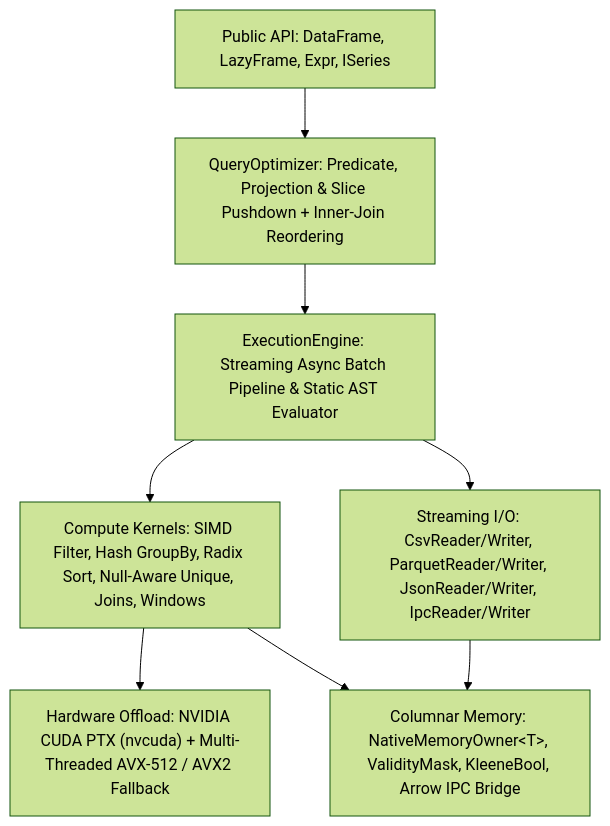
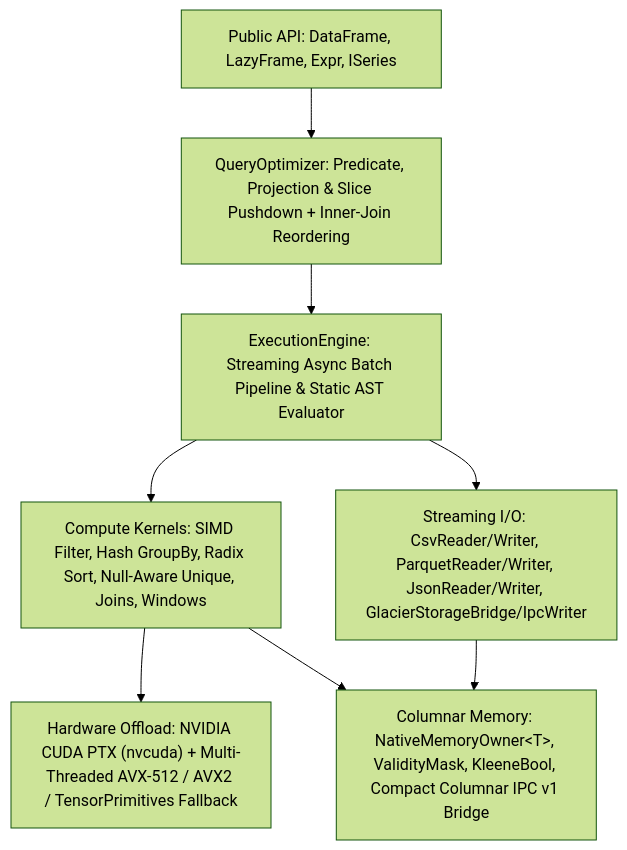
One commit to ian-cowley/Glacier.Polaris changed the diagram in ARCHITECTURE.md. Above: the diagram before and after it, drawn with Mermaid (forest theme). The commit also changed other lines of this file and 77 other files, not shown here.

````diff
--- a/ARCHITECTURE.md
+++ b/ARCHITECTURE.md
@@ -9,18 +9,18 @@
 ```mermaid
 flowchart TD
     API["Public API: DataFrame, LazyFrame, Expr, ISeries"]
     OPT["QueryOptimizer: Predicate, Projection & Slice Pushdown + Inner-Join Reordering"]
     EXEC["ExecutionEngine: Streaming Async Batch Pipeline & Static AST Evaluator"]
     KERN["Compute Kernels: SIMD Filter, Hash GroupBy, Radix Sort, Null-Aware Unique, Joins, Windows"]
-    GPU["Hardware Offload: NVIDIA CUDA PTX (nvcuda) + Multi-Threaded AVX-512 / AVX2 Fallback"]
-    MEM["Columnar Memory: NativeMemoryOwner&lt;T&gt;, ValidityMask, KleeneBool, Arrow IPC Bridge"]
-    IO["Streaming I/O: CsvReader/Writer, ParquetReader/Writer, JsonReader/Writer, IpcReader/Writer"]
+    GPU["Hardware Offload: NVIDIA CUDA PTX (nvcuda) + Multi-Threaded AVX-512 / AVX2 / TensorPrimitives Fallback"]
+    MEM["Columnar Memory: NativeMemoryOwner&lt;T&gt;, ValidityMask, KleeneBool, Compact Columnar IPC v1 Bridge"]
+    IO["Streaming I/O: CsvReader/Writer, ParquetReader/Writer, JsonReader/Writer, GlacierStorageBridge/IpcWriter"]
 
     API --> OPT
     OPT --> EXEC
     EXEC --> KERN
     EXEC --> IO
     KERN --> GPU
     KERN --> MEM
     IO --> MEM
 ```
````
